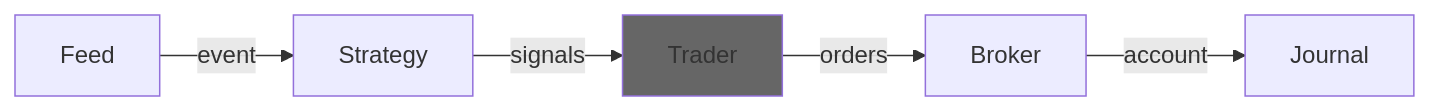
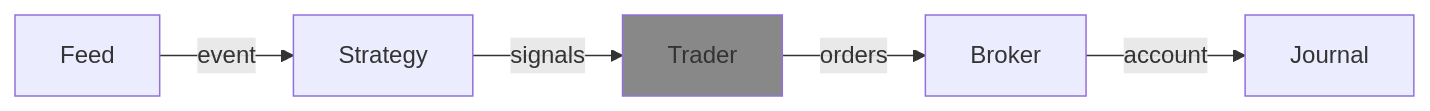
One commit to neurallayer/roboquant.py changed the diagram in docs/core/trader.md. Above: the diagram before and after it, drawn with Mermaid. The commit also changed 21 other files, not shown here.

````diff
--- a/docs/core/trader.md
+++ b/docs/core/trader.md
@@ -11,13 +11,13 @@
 ```mermaid
 flowchart LR
  
     Feed["Feed"]
     Strategy["Strategy"]
     Trader["Trader"]
     Broker["Broker"]
     Journal["Journal"]
     
     Feed -- event --> Strategy -- signals --> Trader -- orders --> Broker -- account --> Journal 
 
-    style Trader fill:#666
+    style Trader fill:#888
 ```
````
